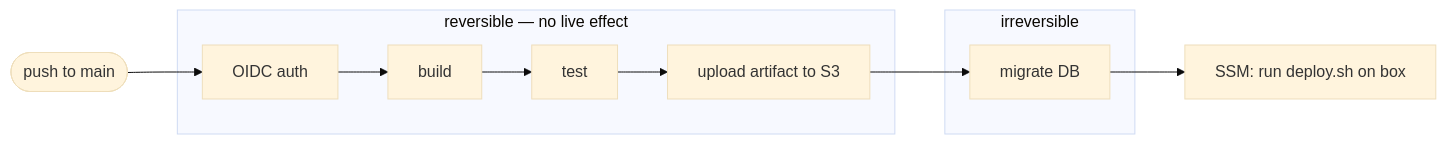
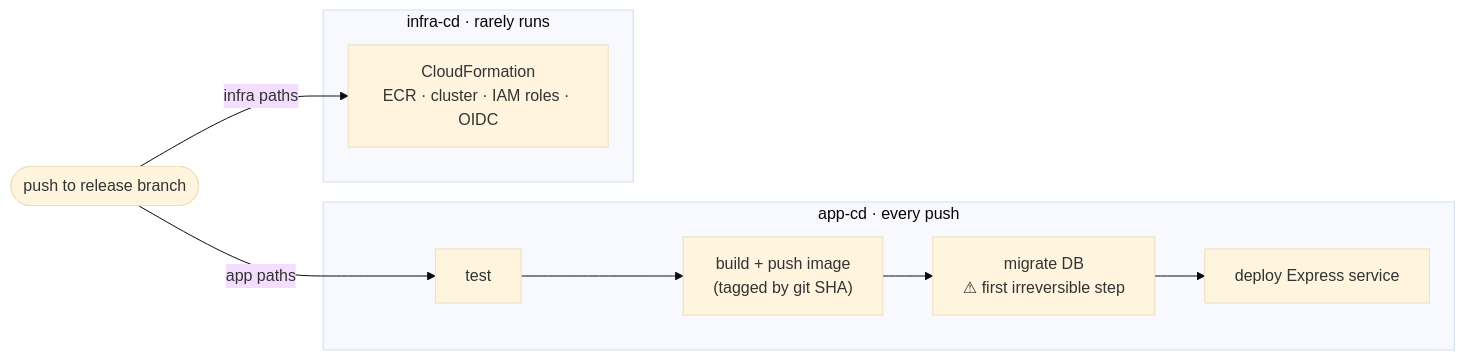
The diagram in skills/aws/aws-architecture/deployment/DEPLOYMENT_ARCHITECTURE.md (jd-solanki/skills), drawn with Mermaid (base theme) before and after one commit. The commit also changed other lines of this file and 2 other files, not shown here.

First line of the commit message:
refactor: move long-running server deployment to ECS Express Mode

````diff
--- a/skills/aws/aws-architecture/deployment/DEPLOYMENT_ARCHITECTURE.md
+++ b/skills/aws/aws-architecture/deployment/DEPLOYMENT_ARCHITECTURE.md
@@ -64,11 +12,16 @@
 ```mermaid
 flowchart LR
-  push([push to main]) --> auth[OIDC auth]
-  subgraph reversible ["reversible — no live effect"]
-    auth --> build[build] --> test[test] --> upload[upload artifact to S3]
+  push([push to release branch])
+  push -->|app paths| test
+  push -->|infra paths| cfn
+
+  subgraph appcd ["app-cd · every push"]
+    test[test] --> build["build + push image<br/>(tagged by git SHA)"]
+    build --> migrate["migrate DB<br/>⚠ first irreversible step"]
+    migrate --> deploy[deploy Express service]
   end
-  subgraph irreversible ["irreversible"]
-    upload --> migrate[migrate DB]
+
+  subgraph infracd ["infra-cd · rarely runs"]
+    cfn["CloudFormation<br/>ECR · cluster · IAM roles · OIDC"]
   end
-  migrate --> trigger["SSM: run deploy.sh on box"]
 ```
````
